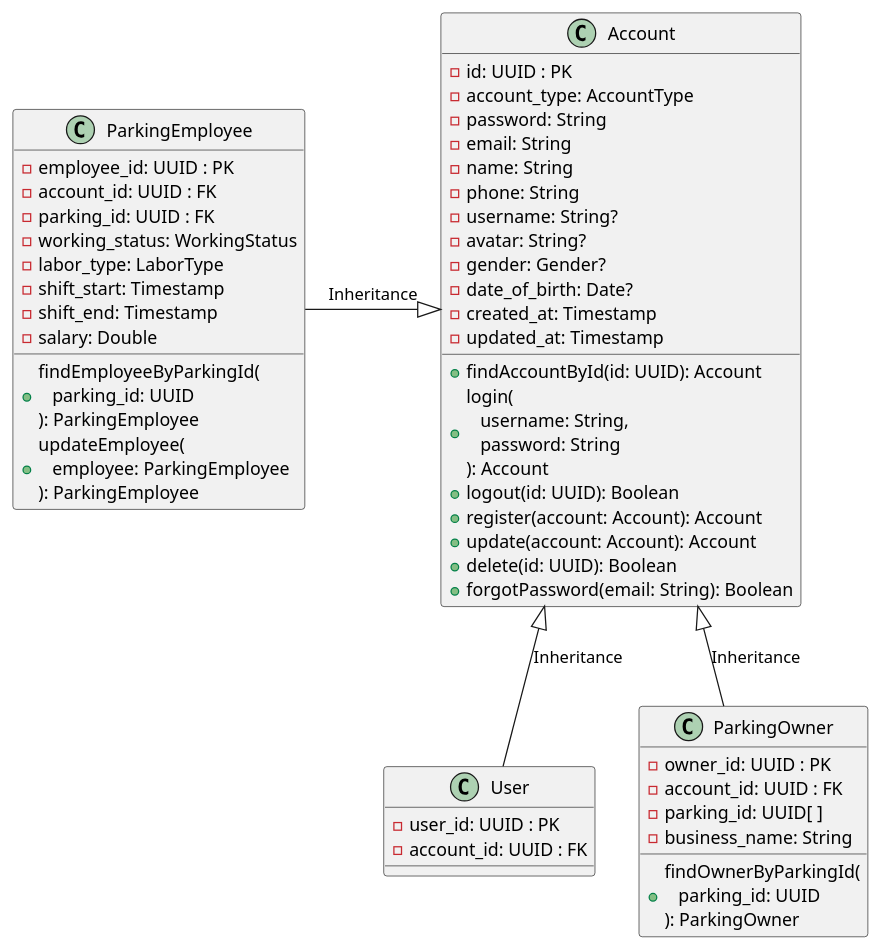
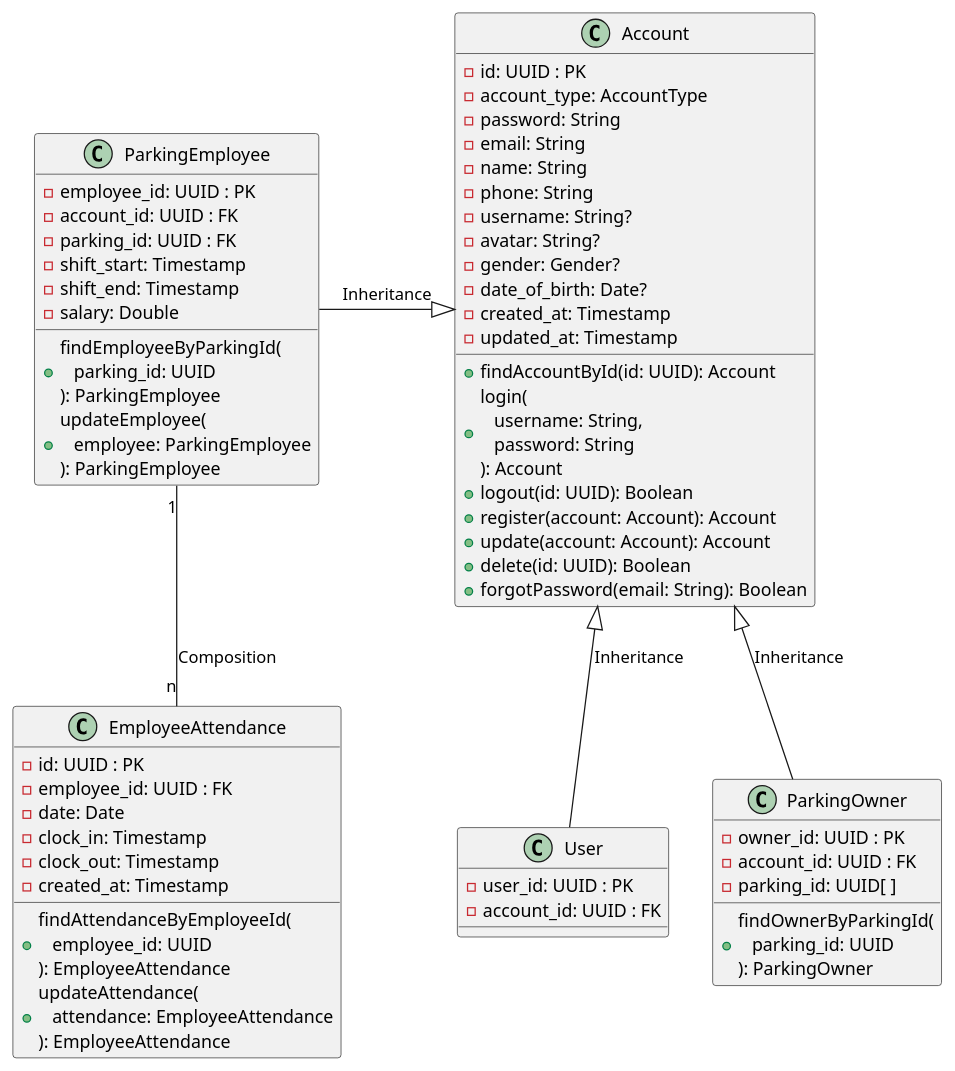
One commit to hieutbui/graduation-diagram changed the diagram in class/account.wsd. Above: the diagram before and after it, drawn with PlantUML. The commit also changed 3 other files, not shown here.

Commit message:
Update class diagrams

```diff
--- a/class/account.wsd
+++ b/class/account.wsd
@@ -1,56 +1,65 @@
 @startuml class_account
 
 class Account {
   -id: UUID : PK
   -account_type: AccountType
   -password: String
   -email: String
   -name: String
   -phone: String
   -username: String?
   -avatar: String?
   -gender: Gender?
   -date_of_birth: Date?
   -created_at: Timestamp
   -updated_at: Timestamp
 
   +findAccountById(id: UUID): Account
   +login(\n   username: String, \n   password: String\n): Account
   +logout(id: UUID): Boolean
   +register(account: Account): Account
   +update(account: Account): Account
   +delete(id: UUID): Boolean
   +forgotPassword(email: String): Boolean
 }
 
 class User {
   -user_id: UUID : PK
   -account_id: UUID : FK
 }
 
 class ParkingEmployee {
   -employee_id: UUID : PK
   -account_id: UUID : FK
   -parking_id: UUID : FK
-  -working_status: WorkingStatus
-  -labor_type: LaborType
   -shift_start: Timestamp
   -shift_end: Timestamp
   -salary: Double
   +findEmployeeByParkingId(\n   parking_id: UUID\n): ParkingEmployee
   +updateEmployee(\n   employee: ParkingEmployee\n): ParkingEmployee
 }
 
 class ParkingOwner {
   -owner_id: UUID : PK
   -account_id: UUID : FK
   -parking_id: UUID[ ]
-  -business_name: String
   +findOwnerByParkingId(\n   parking_id: UUID\n): ParkingOwner
+}
+
+class EmployeeAttendance {
+  -id: UUID : PK
+  -employee_id: UUID : FK
+  -date: Date
+  -clock_in: Timestamp
+  -clock_out: Timestamp
+  -created_at: Timestamp
+  +findAttendanceByEmployeeId(\n   employee_id: UUID\n): EmployeeAttendance
+  +updateAttendance(\n   attendance: EmployeeAttendance\n): EmployeeAttendance
 }
 
 Account <|-- User : Inheritance
 Account <|-left- ParkingEmployee : Inheritance
 Account <|-- ParkingOwner : Inheritance
+ParkingEmployee "1"--"n" EmployeeAttendance : Composition
 
 @enduml
```
